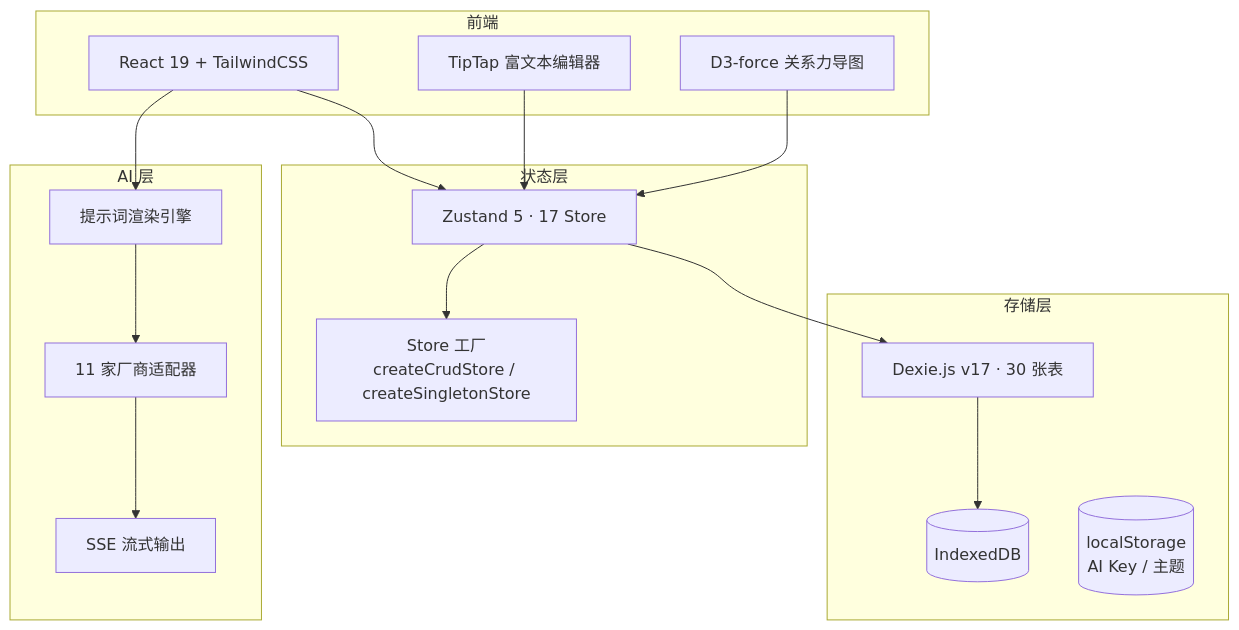
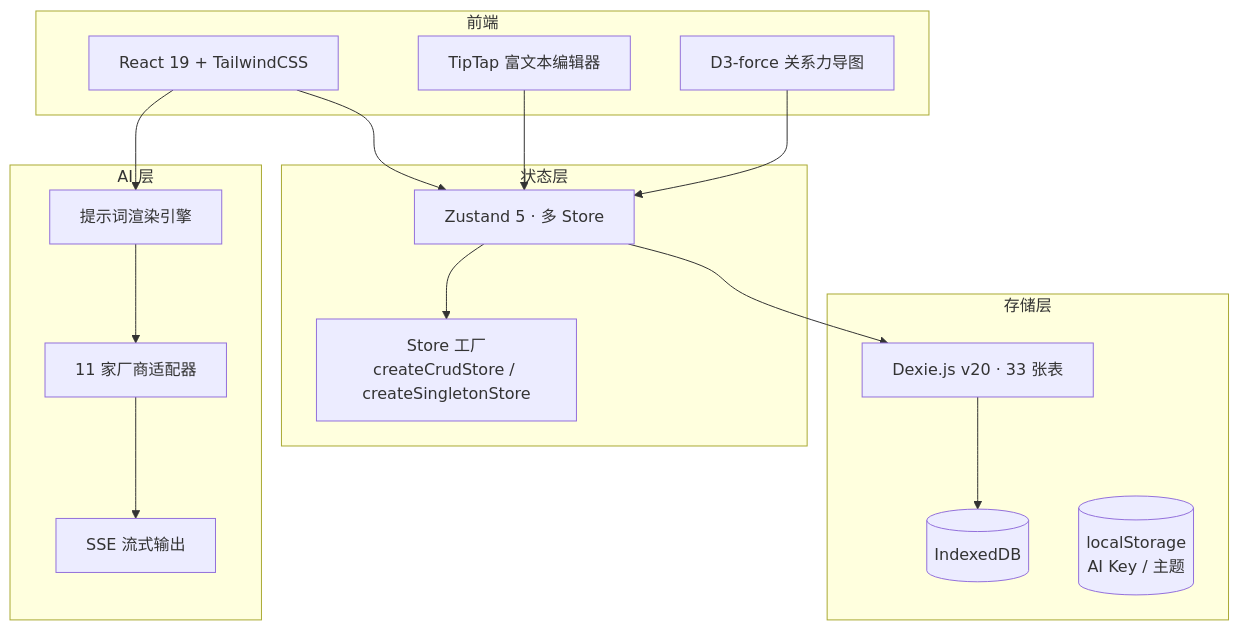
Before and after one commit to yuanbw2025/my-website: the first of 4 diagrams in README.md, drawn with Mermaid. The commit also changed other lines of this file and 34 other files, not shown here.

````diff
--- a/README.md
+++ b/README.md
@@ -60,35 +61,35 @@
 ```mermaid
 graph TB
     subgraph 前端
         UI[React 19 + TailwindCSS]
         Editor[TipTap 富文本编辑器]
         Graph[D3-force 关系力导图]
     end
 
     subgraph 状态层
-        Zustand[Zustand 5 · 17 Store]
+        Zustand[Zustand 5 · 多 Store]
         Factory[Store 工厂<br/>createCrudStore / createSingletonStore]
     end
 
     subgraph 存储层
-        Dexie[Dexie.js v17 · 30 张表]
+        Dexie[Dexie.js v20 · 33 张表]
         IDB[(IndexedDB)]
         LS[(localStorage<br/>AI Key / 主题)]
     end
 
     subgraph AI 层
         Engine[提示词渲染引擎]
         Adapters[11 家厂商适配器]
         SSE[SSE 流式输出]
     end
 
     UI --> Zustand
     Editor --> Zustand
     Graph --> Zustand
     Zustand --> Factory
     Zustand --> Dexie
     Dexie --> IDB
     UI --> Engine
     Engine --> Adapters
     Adapters --> SSE
 ```
````
